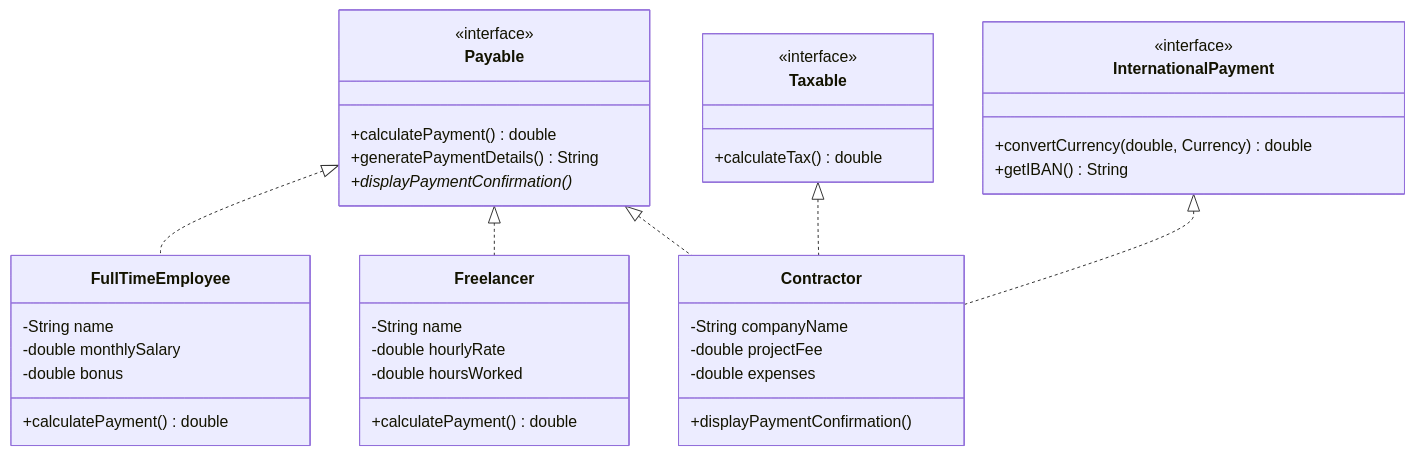
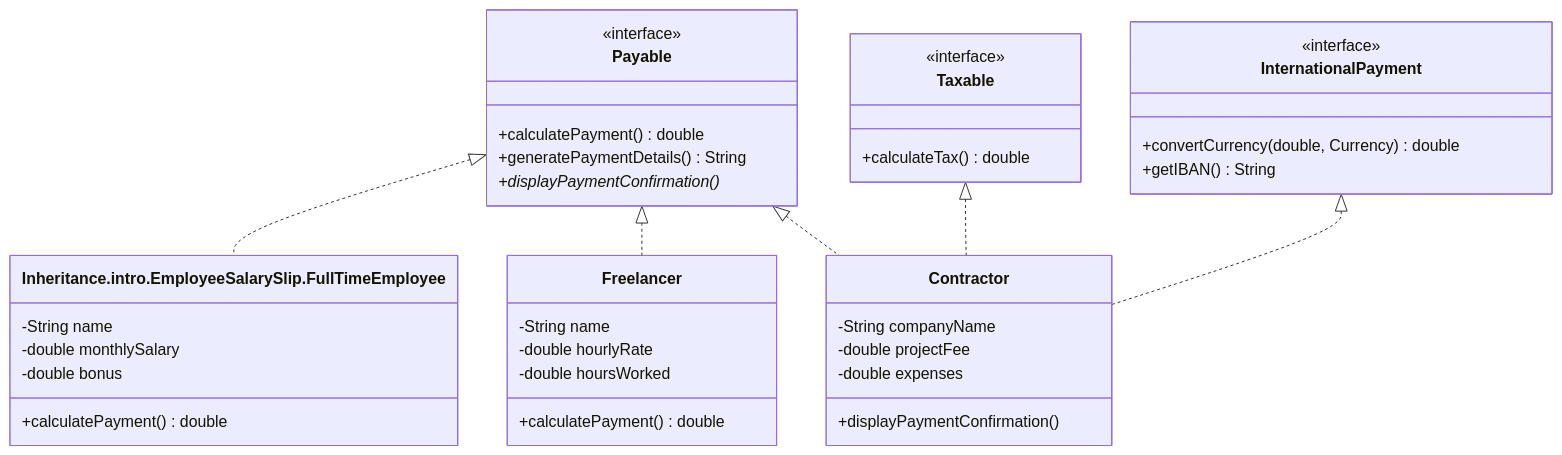
Before and after one commit to harshit001-2023/Object-Oriented-Programming-with-Java: the first of 3 diagrams in Payable/payableReadme.md, drawn with Mermaid. The commit also changed other lines of this file and 5 other files, not shown here.

````diff
--- a/Payable/payableReadme.md
+++ b/Payable/payableReadme.md
@@ -11,49 +11,49 @@
 ```mermaid
 classDiagram
     direction TB
     
     class Payable {
         <<interface>>
         +calculatePayment() double
         +generatePaymentDetails() String
         +displayPaymentConfirmation()*
     }
     
     class Taxable {
         <<interface>>
         +calculateTax() double
     }
     
     class InternationalPayment {
         <<interface>>
         +convertCurrency(double, Currency) double
         +getIBAN() String
     }
     
-    class FullTimeEmployee {
+    class Inheritance.intro.EmployeeSalarySlip.FullTimeEmployee {
         -String name
         -double monthlySalary
         -double bonus
         +calculatePayment() double
     }
     
     class Freelancer {
         -String name
         -double hourlyRate
         -double hoursWorked
         +calculatePayment() double
     }
     
     class Contractor {
         -String companyName
         -double projectFee
         -double expenses
         +displayPaymentConfirmation()
     }
     
-    Payable <|.. FullTimeEmployee
+    Payable <|.. Inheritance.intro.EmployeeSalarySlip.FullTimeEmployee
     Payable <|.. Freelancer
     Payable <|.. Contractor
     Taxable <|.. Contractor
     InternationalPayment <|.. Contractor
 ```
````
